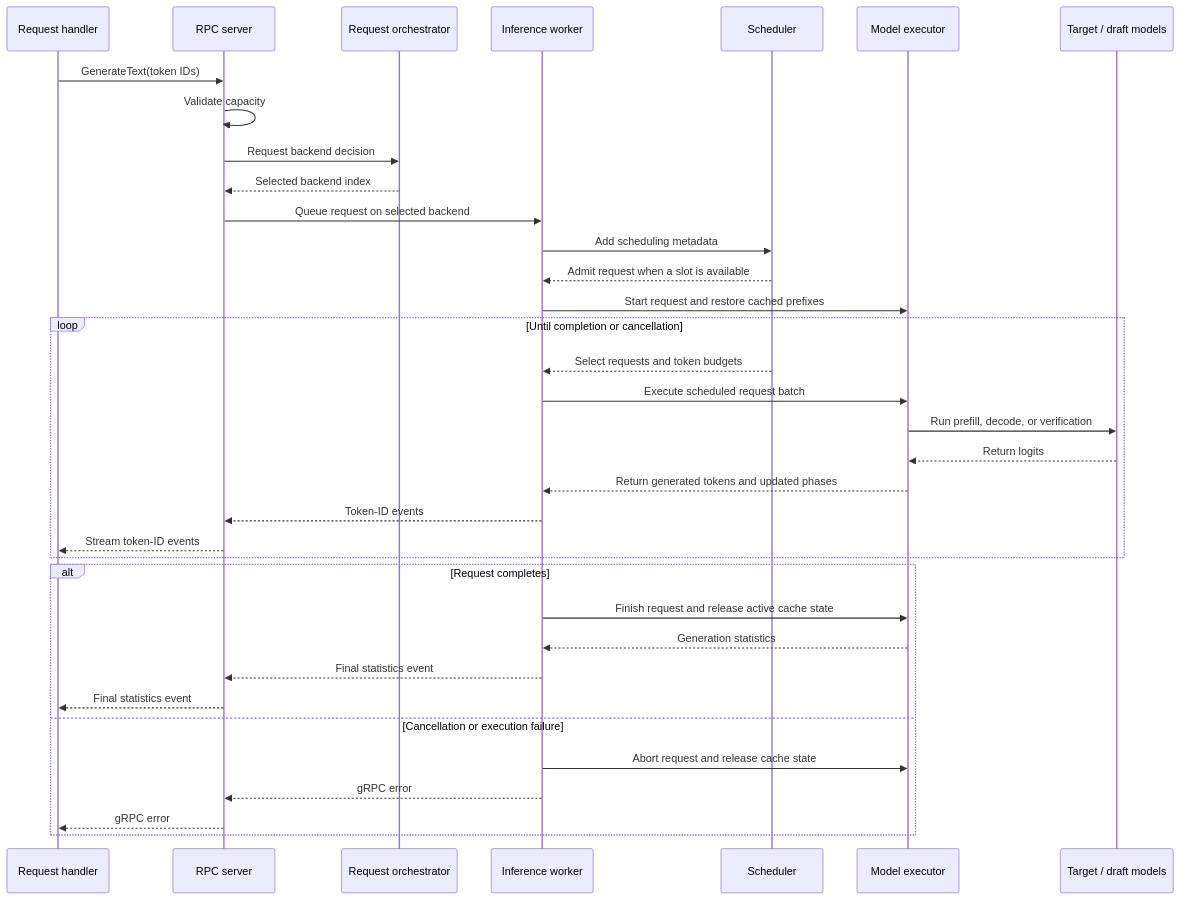
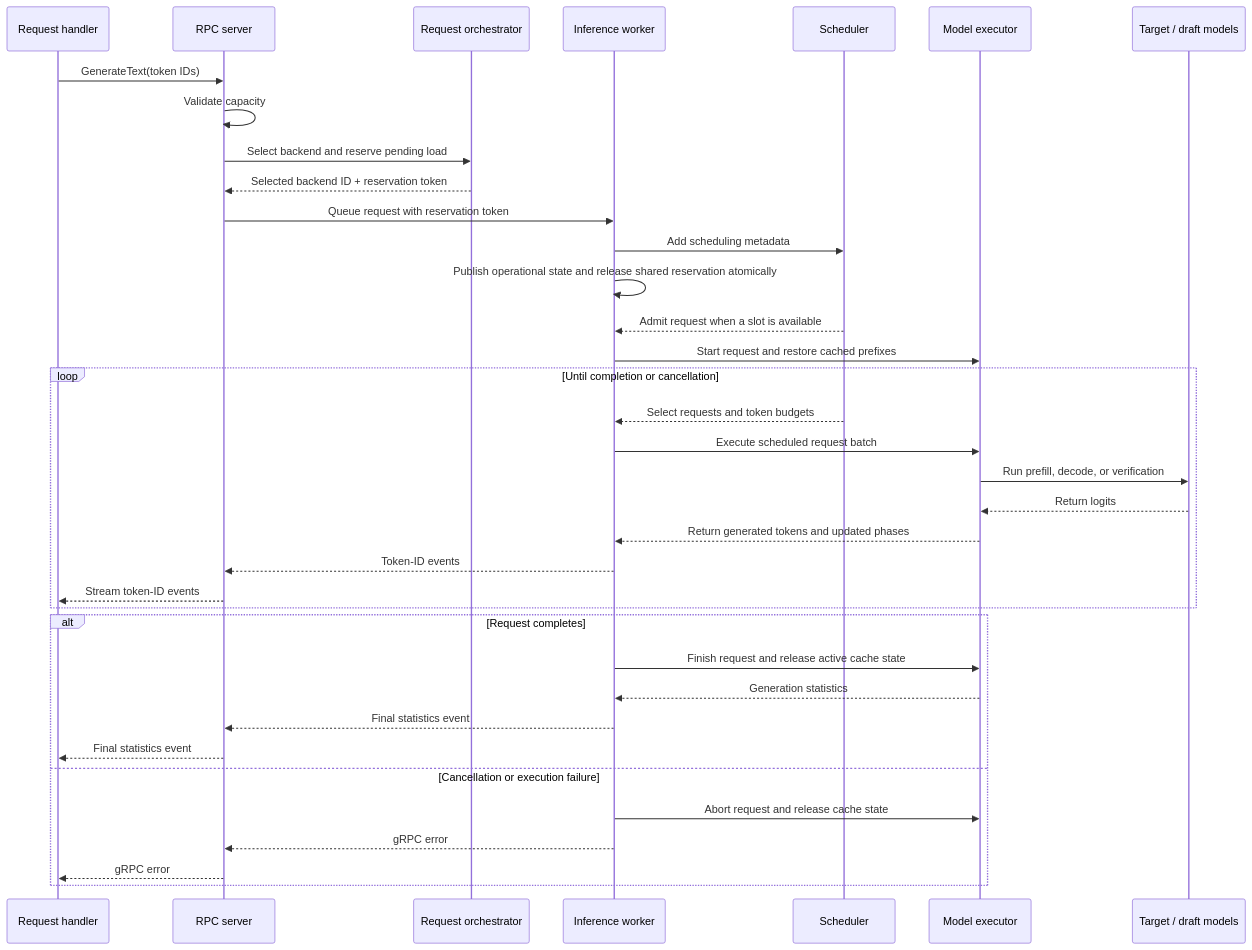
One commit to lun0522/mini-vllm-rs changed the second of 2 diagrams in src/model_runner/README.md. Above: the diagram before and after it, drawn with Mermaid. The commit also changed other lines of this file and 6 other files, not shown here.

````diff
--- a/src/model_runner/README.md
+++ b/src/model_runner/README.md
@@ -56,38 +57,39 @@
 ```mermaid
 sequenceDiagram
     participant Handler as Request handler
     participant Rpc as RPC server
     participant Orchestrator as Request orchestrator
     participant Worker as Inference worker
     participant Scheduler
     participant Executor as Model executor
     participant Models as Target / draft models
 
     Handler->>Rpc: GenerateText(token IDs)
     Rpc->>Rpc: Validate capacity
-    Rpc->>Orchestrator: Request backend decision
-    Orchestrator-->>Rpc: Selected backend index
-    Rpc->>Worker: Queue request on selected backend
+    Rpc->>Orchestrator: Select backend and reserve pending load
+    Orchestrator-->>Rpc: Selected backend ID + reservation token
+    Rpc->>Worker: Queue request with reservation token
     Worker->>Scheduler: Add scheduling metadata
+    Worker->>Worker: Publish operational state and release shared reservation atomically
     Scheduler-->>Worker: Admit request when a slot is available
     Worker->>Executor: Start request and restore cached prefixes
     loop Until completion or cancellation
         Scheduler-->>Worker: Select requests and token budgets
         Worker->>Executor: Execute scheduled request batch
         Executor->>Models: Run prefill, decode, or verification
         Models-->>Executor: Return logits
         Executor-->>Worker: Return generated tokens and updated phases
         Worker-->>Rpc: Token-ID events
         Rpc-->>Handler: Stream token-ID events
     end
     alt Request completes
         Worker->>Executor: Finish request and release active cache state
         Executor-->>Worker: Generation statistics
         Worker-->>Rpc: Final statistics event
         Rpc-->>Handler: Final statistics event
     else Cancellation or execution failure
         Worker->>Executor: Abort request and release cache state
         Worker-->>Rpc: gRPC error
         Rpc-->>Handler: gRPC error
     end
 ```
````
